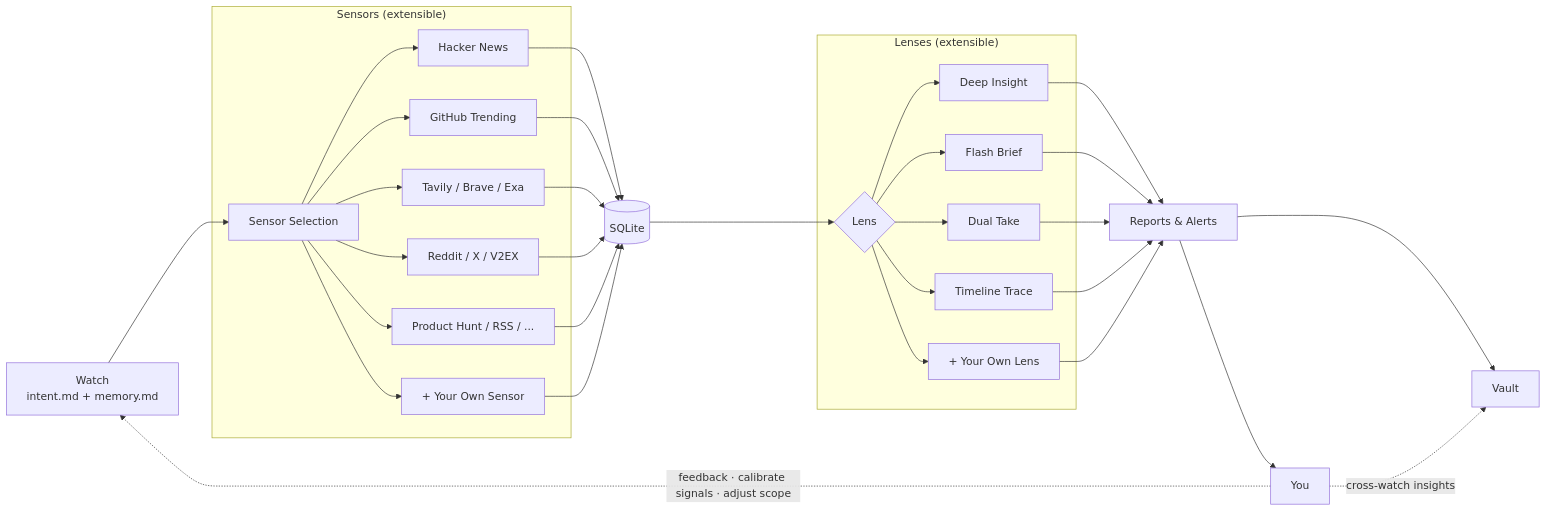
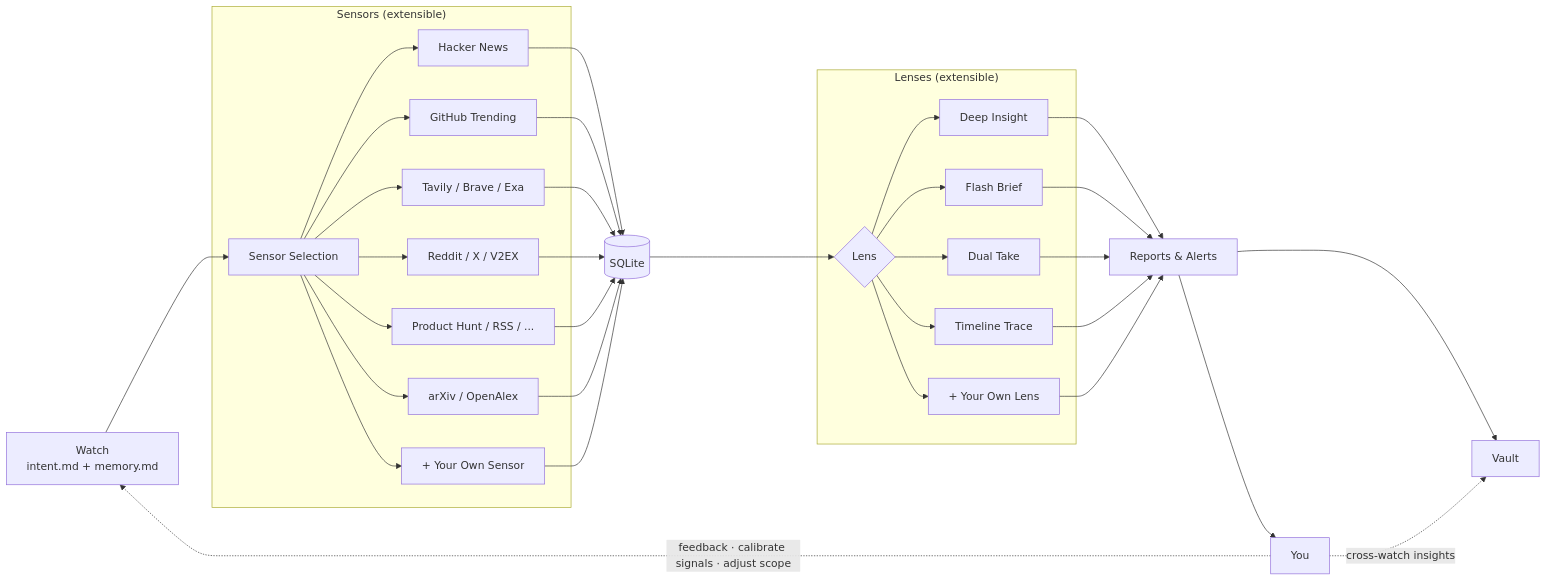
Before and after one commit to nwnwnw413/Signex: the diagram in README.md, drawn with Mermaid. The commit also changed other lines of this file and 9 other files, not shown here.

````diff
--- a/README.md
+++ b/README.md
@@ -52,31 +52,32 @@
 ```mermaid
 flowchart LR
     W[Watch\nintent.md + memory.md] --> S
 
     subgraph Sensors ["Sensors (extensible)"]
         S[Sensor Selection] --> S1[Hacker News]
         S --> S2[GitHub Trending]
         S --> S3[Tavily / Brave / Exa]
         S --> S4[Reddit / X / V2EX]
         S --> S5[Product Hunt / RSS / ...]
-        S --> S6[+ Your Own Sensor]
+        S --> S6[arXiv / OpenAlex]
+        S --> S7[+ Your Own Sensor]
     end
 
-    S1 & S2 & S3 & S4 & S5 & S6 --> DB[(SQLite)]
+    S1 & S2 & S3 & S4 & S5 & S6 & S7 --> DB[(SQLite)]
 
     DB --> L{Lens}
 
     subgraph Lenses ["Lenses (extensible)"]
         L --> L1[Deep Insight]
         L --> L2[Flash Brief]
         L --> L3[Dual Take]
         L --> L4[Timeline Trace]
         L --> L5[+ Your Own Lens]
     end
 
     L1 & L2 & L3 & L4 & L5 --> R[Reports & Alerts]
     R --> V[Vault]
     R --> U[You]
     U -. "feedback · calibrate signals · adjust scope" .-> W
     U -. "cross-watch insights" .-> V
 ```
````
